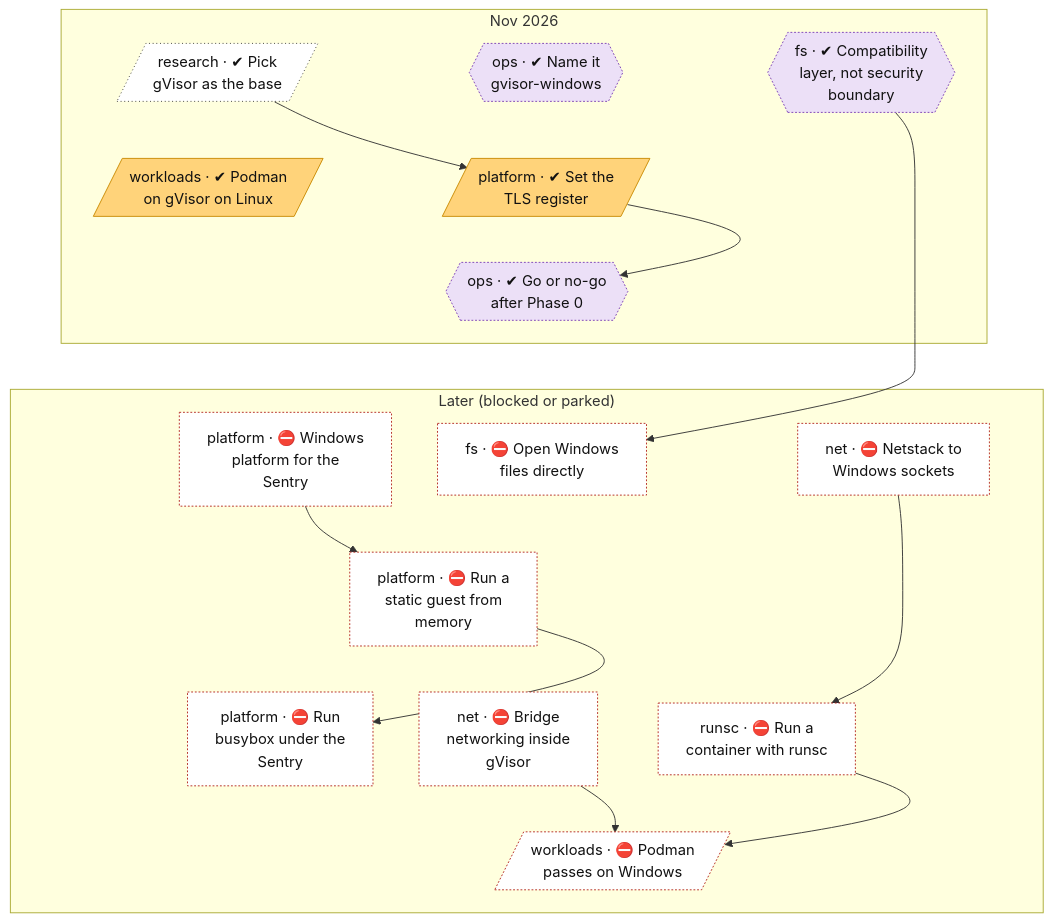
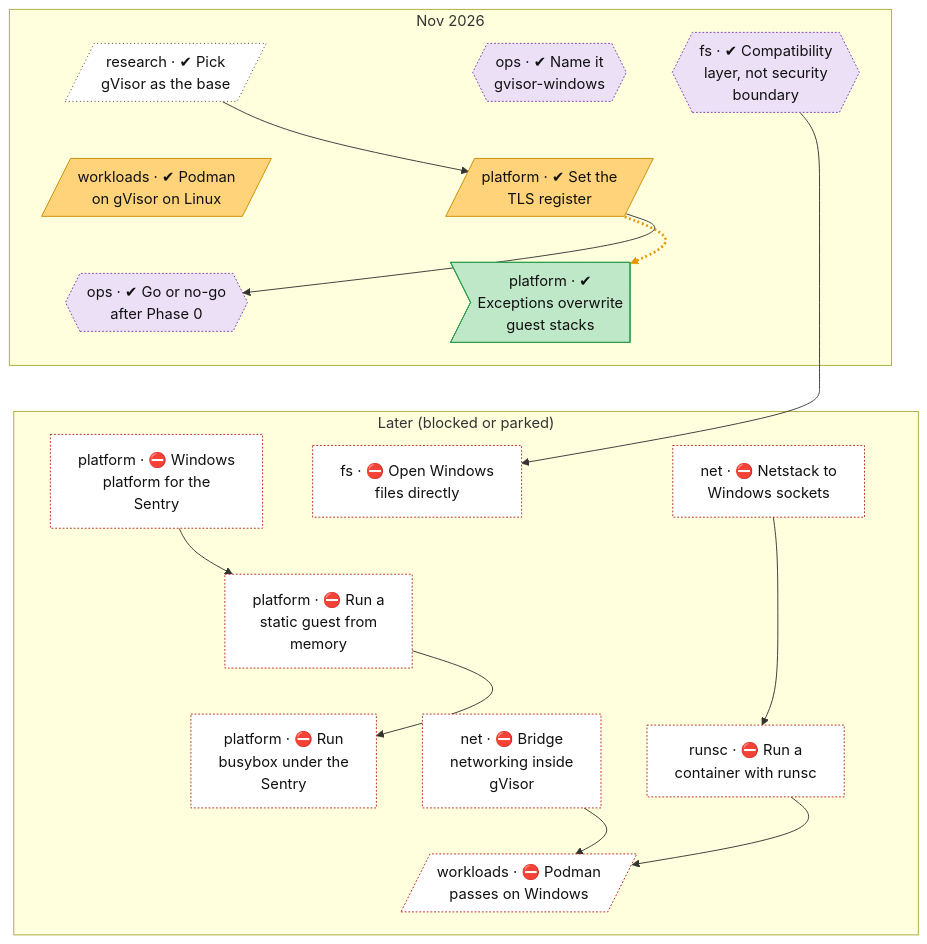
Before and after one commit to lhns/gvisor-windows: the second of 2 diagrams in docs/roadmap.md, drawn with Mermaid. The commit also changed other lines of this file and 6 other files, not shown here.

````diff
--- a/docs/roadmap.md
+++ b/docs/roadmap.md
@@ -100,64 +100,68 @@
 ```mermaid
 flowchart TB
     subgraph bd_0["Nov 2026"]
         research_gvisor_base[/"research · ✔ Pick<br/>gVisor as the base"/]
         ops_name_and_fork{{"ops · ✔ Name it<br/>gvisor-windows"}}
         fs_compat_layer_not_boundary{{"fs · ✔ Compatibility<br/>layer, not security<br/>boundary"}}
         workloads_podman_on_gvisor_linux[/"workloads · ✔ Podman<br/>on gVisor on Linux"/]
         platform_tls_register[/"platform · ✔ Set the<br/>TLS register"/]
         ops_phase0_go_no_go{{"ops · ✔ Go or no-go<br/>after Phase 0"}}
+        platform_veh_on_guest_stack_unsafe>"platform · ✔<br/>Exceptions overwrite<br/>guest stacks"]
     end
     subgraph bd_1["Later (blocked or parked)"]
         platform_winstub["platform · ⛔ Windows<br/>platform for the<br/>Sentry"]
         fs_windows_directfs["fs · ⛔ Open Windows<br/>files directly"]
         net_netstack_windows_link["net · ⛔ Netstack to<br/>Windows sockets"]
         platform_static_guest_from_memory["platform · ⛔ Run a<br/>static guest from<br/>memory"]
         platform_busybox_on_windows["platform · ⛔ Run<br/>busybox under the<br/>Sentry"]
         runsc_container_on_windows["runsc · ⛔ Run a<br/>container with runsc"]
         net_bridge_networking["net · ⛔ Bridge<br/>networking inside<br/>gVisor"]
         workloads_podman_on_windows[/"workloads · ⛔ Podman<br/>passes on Windows"/]
     end
     research_gvisor_base ~~~ workloads_podman_on_gvisor_linux
     ops_name_and_fork ~~~ platform_tls_register
     fs_compat_layer_not_boundary ~~~ platform_tls_register
     workloads_podman_on_gvisor_linux ~~~ ops_phase0_go_no_go
-    platform_tls_register ~~~ ops_phase0_go_no_go
+    platform_tls_register ~~~ platform_veh_on_guest_stack_unsafe
     ops_phase0_go_no_go ~~~ platform_winstub
-    ops_phase0_go_no_go ~~~ fs_windows_directfs
-    ops_phase0_go_no_go ~~~ net_netstack_windows_link
+    platform_veh_on_guest_stack_unsafe ~~~ fs_windows_directfs
+    platform_veh_on_guest_stack_unsafe ~~~ net_netstack_windows_link
     platform_winstub ~~~ platform_static_guest_from_memory
     fs_windows_directfs ~~~ platform_static_guest_from_memory
     net_netstack_windows_link ~~~ platform_static_guest_from_memory
     platform_static_guest_from_memory ~~~ platform_busybox_on_windows
     platform_static_guest_from_memory ~~~ runsc_container_on_windows
     platform_static_guest_from_memory ~~~ net_bridge_networking
     platform_busybox_on_windows ~~~ workloads_podman_on_windows
     runsc_container_on_windows ~~~ workloads_podman_on_windows
     net_bridge_networking ~~~ workloads_podman_on_windows
     research_gvisor_base --> platform_tls_register
+    platform_tls_register -.-> platform_veh_on_guest_stack_unsafe
     platform_tls_register --> ops_phase0_go_no_go
     fs_compat_layer_not_boundary --> fs_windows_directfs
     platform_winstub --> platform_static_guest_from_memory
     platform_static_guest_from_memory --> platform_busybox_on_windows
     net_netstack_windows_link --> runsc_container_on_windows
     runsc_container_on_windows --> workloads_podman_on_windows
     net_bridge_networking --> workloads_podman_on_windows
+    linkStyle 18 stroke:#e69500,stroke-width:3px,stroke-dasharray:2 3
     classDef vsucc fill:#2e9e4f,stroke:#1b6b34,color:#fff
     classDef succ fill:#bfe8c8,stroke:#2e9e4f,color:#111
     classDef mixed fill:#ffd37a,stroke:#c98a00,color:#111
     classDef bad fill:#f28b82,stroke:#b3261e,color:#111
     classDef dead fill:#e6e6e6,stroke:#777,stroke-dasharray:5 5,color:#555
     classDef inprog fill:#a8cdf5,stroke:#1f6fc5,color:#111
     classDef next fill:#fff,stroke:#333,color:#111
     classDef blocked fill:#fff,stroke:#b3261e,stroke-dasharray:2 2,color:#111
     classDef parked fill:#f3f3f3,stroke:#999,color:#555
     classDef unrated fill:#fff,stroke:#333,stroke-dasharray:1 3,color:#111
     classDef gate fill:#d9c2f0,stroke:#7b3fb5,color:#111
     classDef decided fill:#ece0f7,stroke:#7b3fb5,stroke-dasharray:2 2,color:#111
     classDef finding fill:#ffe0b2,stroke:#d84315,stroke-width:2px,color:#111
     classDef waiting fill:#e3f2fd,stroke:#1f6fc5,stroke-dasharray:5 5,color:#111
     class research_gvisor_base unrated
     class ops_name_and_fork,fs_compat_layer_not_boundary,ops_phase0_go_no_go decided
     class workloads_podman_on_gvisor_linux,platform_tls_register mixed
     class workloads_podman_on_windows,runsc_container_on_windows,platform_winstub,platform_busybox_on_windows,fs_windows_directfs,net_netstack_windows_link,platform_static_guest_from_memory,net_bridge_networking blocked
+    class platform_veh_on_guest_stack_unsafe succ
 ```
````
